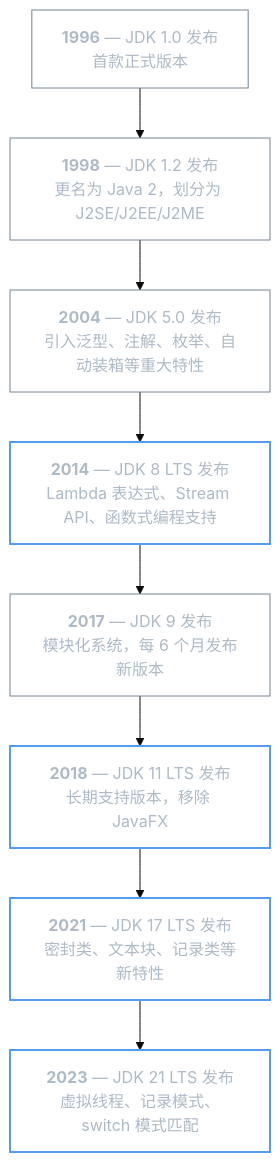
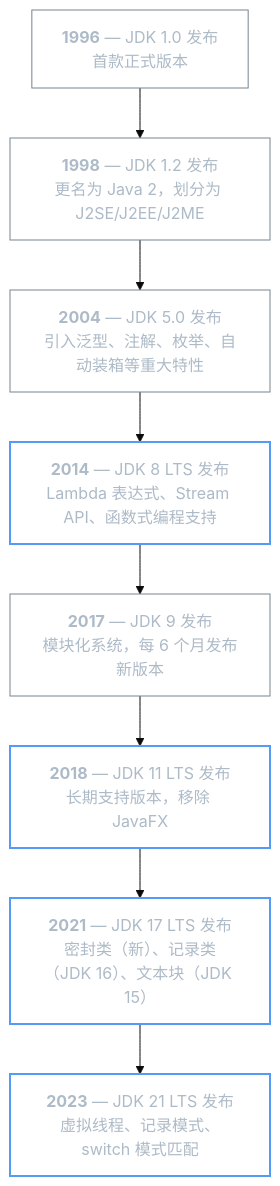
The first of 3 diagrams in docs/java/javase/overview/index.md (luguosong/programming-notes), drawn with Mermaid (base theme) before and after one commit. The commit also changed other lines of this file and 2 other files, not shown here.

````diff
--- a/docs/java/javase/overview/index.md
+++ b/docs/java/javase/overview/index.md
@@ -31,18 +37,18 @@
 ```mermaid
 graph TD
     v1["<b>1996</b> — JDK 1.0 发布<br/>首款正式版本"]
     v2["<b>1998</b> — JDK 1.2 发布<br/>更名为 Java 2，划分为 J2SE/J2EE/J2ME"]
     v3["<b>2004</b> — JDK 5.0 发布<br/>引入泛型、注解、枚举、自动装箱等重大特性"]
     v4["<b>2014</b> — JDK 8 LTS 发布<br/>Lambda 表达式、Stream API、函数式编程支持"]
     v5["<b>2017</b> — JDK 9 发布<br/>模块化系统，每 6 个月发布新版本"]
     v6["<b>2018</b> — JDK 11 LTS 发布<br/>长期支持版本，移除 JavaFX"]
-    v7["<b>2021</b> — JDK 17 LTS 发布<br/>密封类、文本块、记录类等新特性"]
+    v7["<b>2021</b> — JDK 17 LTS 发布<br/>密封类（新）、记录类（JDK 16）、文本块（JDK 15）"]
     v8["<b>2023</b> — JDK 21 LTS 发布<br/>虚拟线程、记录模式、switch 模式匹配"]
 
     v1 --> v2 --> v3 --> v4 --> v5 --> v6 --> v7 --> v8
 
     classDef regular fill:transparent,stroke:#768390,color:#adbac7,stroke-width:1px
     classDef lts fill:transparent,stroke:#539bf5,color:#adbac7,stroke-width:2px
     class v1,v2,v3,v5 regular
     class v4,v6,v7,v8 lts
 ```
````
